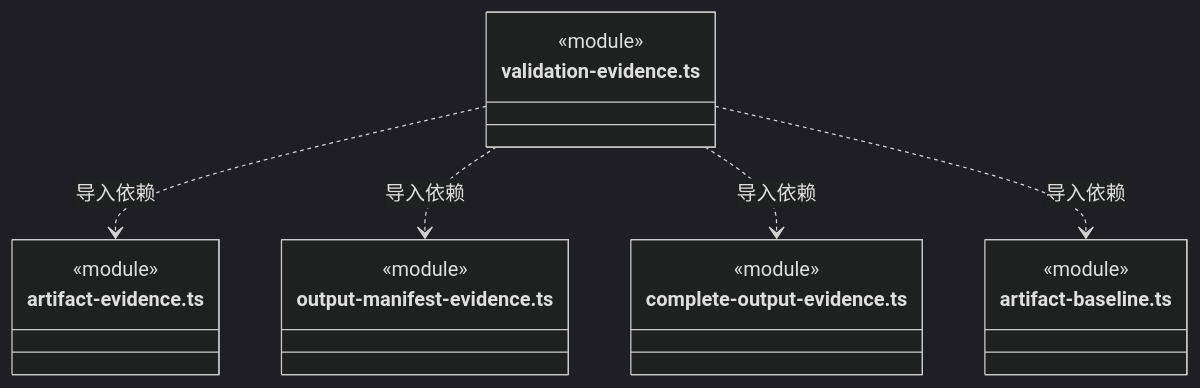
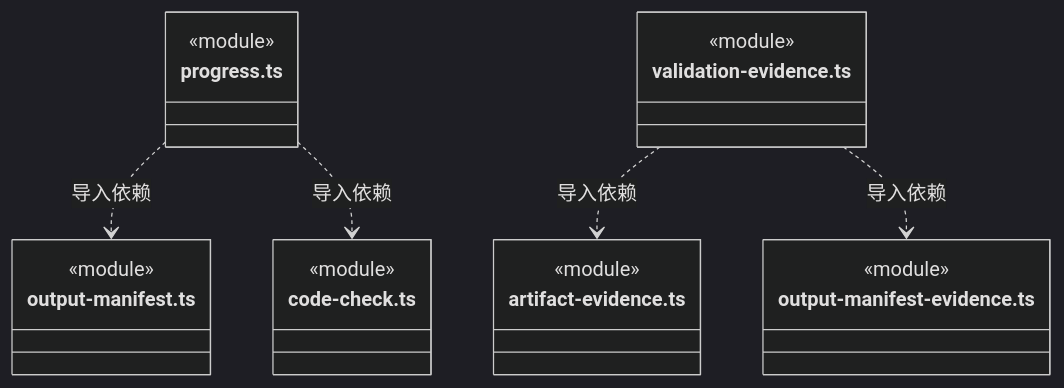
Before and after one commit to nan023062/cbim: diagram 41 of 46 in src/backend/core/evidence/ARCHITECTURE.md, drawn with Mermaid (dark theme). The commit also changed other lines of this file and 130 other files, not shown here.

````diff
--- a/src/backend/core/evidence/ARCHITECTURE.md
+++ b/src/backend/core/evidence/ARCHITECTURE.md
@@ -777,22 +885,25 @@
 ```mermaid
 classDiagram
+class N_src_backend_core_evidence_progress_ts["progress.ts"] {
+  <<module>>
+}
+class N_src_backend_core_evidence_output_manifest_ts["output-manifest.ts"] {
+  <<module>>
+}
+class N_src_backend_core_evidence_code_check_ts["code-check.ts"] {
+  <<module>>
+}
 class N_src_backend_core_evidence_validation_evidence_ts["validation-evidence.ts"] {
   <<module>>
 }
 class N_src_backend_core_evidence_artifact_evidence_ts["artifact-evidence.ts"] {
   <<module>>
 }
 class N_src_backend_core_evidence_output_manifest_evidence_ts["output-manifest-evidence.ts"] {
   <<module>>
 }
-class N_src_backend_core_evidence_complete_output_evidence_ts["complete-output-evidence.ts"] {
-  <<module>>
-}
-class N_src_backend_core_evidence_artifact_baseline_ts["artifact-baseline.ts"] {
-  <<module>>
-}
+N_src_backend_core_evidence_progress_ts ..> N_src_backend_core_evidence_output_manifest_ts : 导入依赖
+N_src_backend_core_evidence_progress_ts ..> N_src_backend_core_evidence_code_check_ts : 导入依赖
 N_src_backend_core_evidence_validation_evidence_ts ..> N_src_backend_core_evidence_artifact_evidence_ts : 导入依赖
 N_src_backend_core_evidence_validation_evidence_ts ..> N_src_backend_core_evidence_output_manifest_evidence_ts : 导入依赖
-N_src_backend_core_evidence_validation_evidence_ts ..> N_src_backend_core_evidence_complete_output_evidence_ts : 导入依赖
-N_src_backend_core_evidence_validation_evidence_ts ..> N_src_backend_core_evidence_artifact_baseline_ts : 导入依赖
 ```
````
